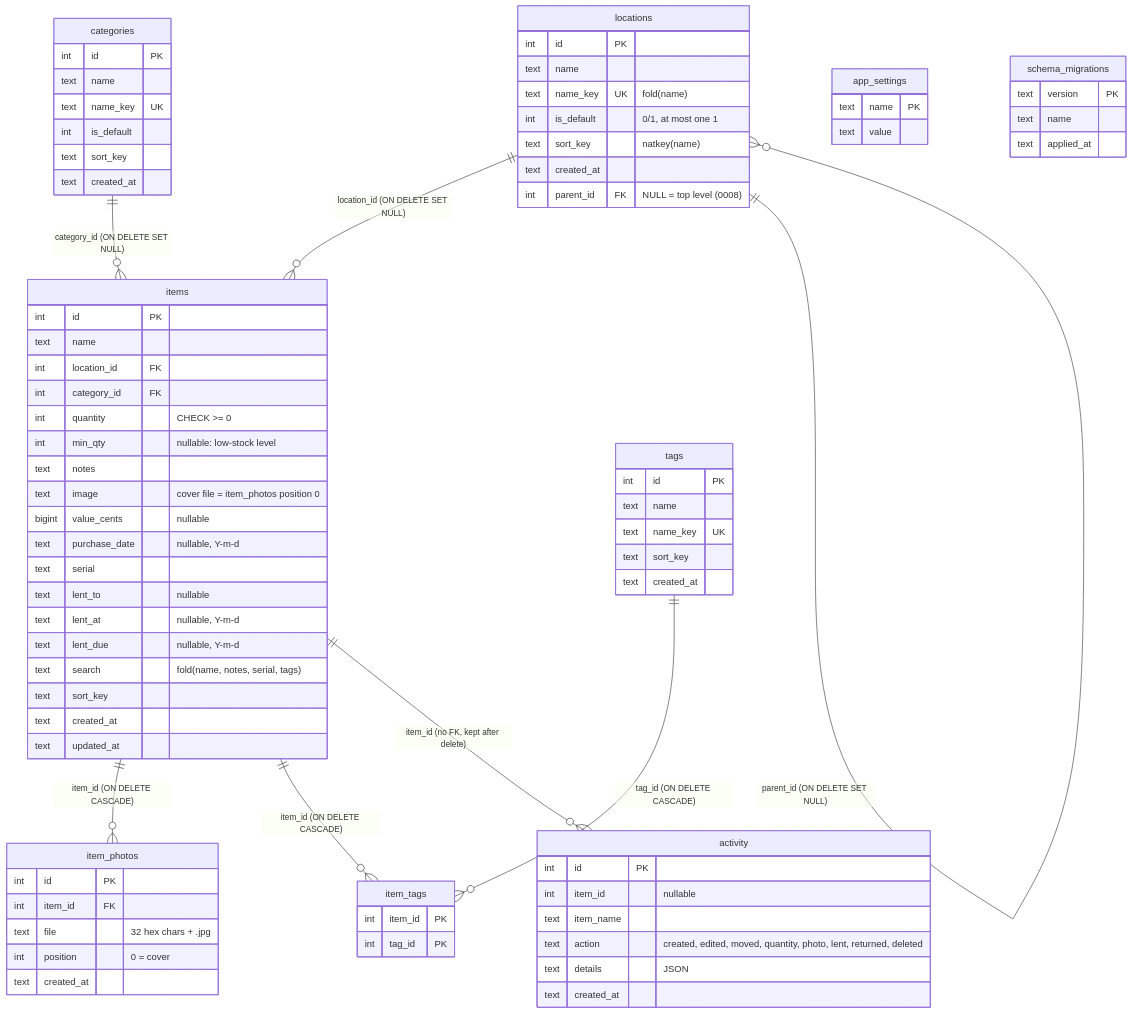
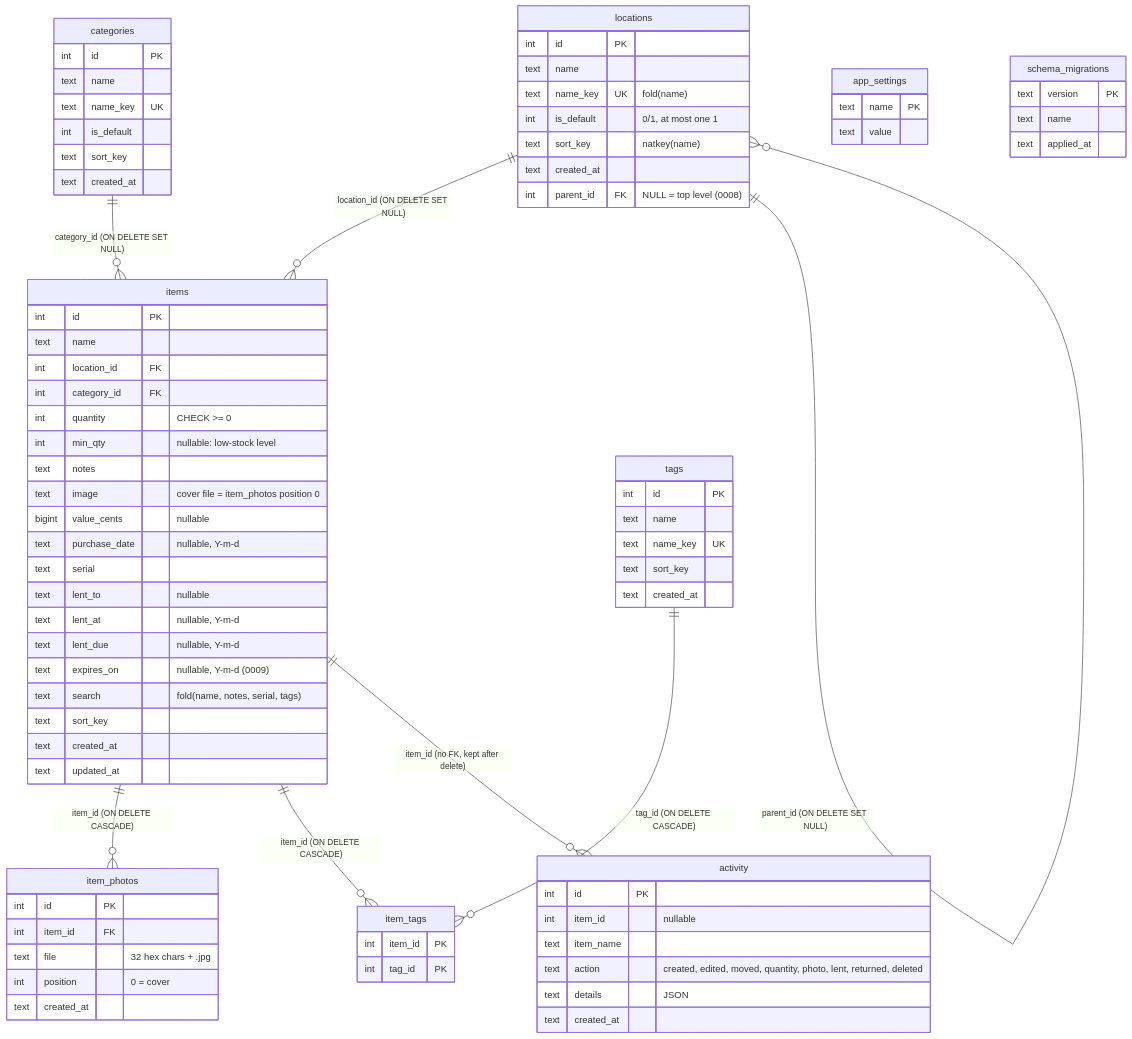
The first of 2 diagrams in docs/database.md (thordin9/apotheke), drawn with Mermaid before and after one commit. The commit also changed other lines of this file and 18 other files, not shown here.

```diff
--- a/docs/database.md
+++ b/docs/database.md
@@ -47,6 +47,7 @@
     text lent_to "nullable"
     text lent_at "nullable, Y-m-d"
     text lent_due "nullable, Y-m-d"
+    text expires_on "nullable, Y-m-d (0009)"
     text search "fold(name, notes, serial, tags)"
     text sort_key
     text created_at
```
